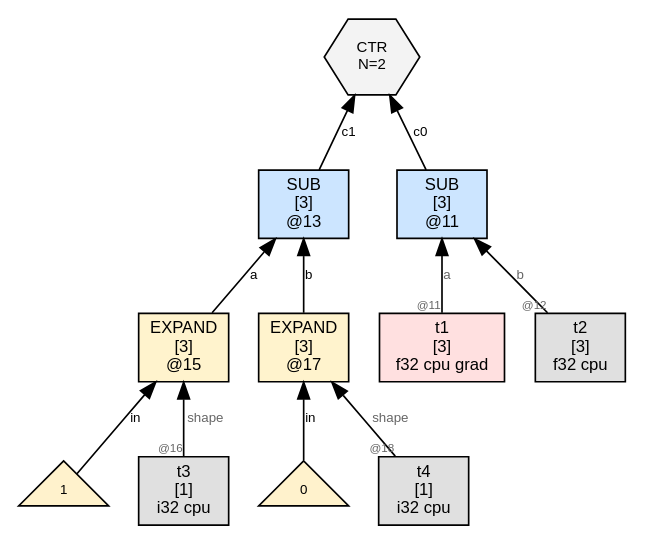
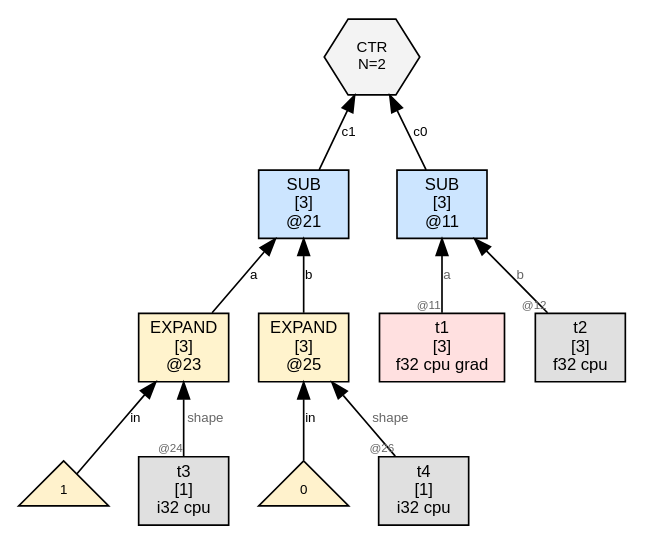
The diagram in wl/examples/thvm_graphs/grad_rules/sub/thvm_2_post_sweep.dot (sw1sh/TinyHVM), drawn with Graphviz before and after one commit. The commit also changed 156 other files, not shown here.

First line of the commit message:
grad: migrate mk() to UOP_GRAD2; all 50 rule tests flow through new path

```diff
--- a/wl/examples/thvm_graphs/grad_rules/sub/thvm_2_post_sweep.dot
+++ b/wl/examples/thvm_graphs/grad_rules/sub/thvm_2_post_sweep.dot
@@ -1,27 +1,27 @@
 digraph G {
   rankdir=BT;
   node [fontname="Helvetica", fontsize=10, style=filled, shape=box, margin="0.1,0.05"];
   edge [fontsize=8, fontname="Helvetica"];
 
   n11 [label="SUB\n[3]\n@11", shape=box, fillcolor="#cce5ff"];
   t1 [label="t1\n[3]\nf32 cpu grad",shape=box,fillcolor="#ffe0e0"];
   t1 -> n11 [label="a",taillabel="@11",labelfontsize=7,fontcolor="#666666"];
   t2 [label="t2\n[3]\nf32 cpu",shape=box,fillcolor="#e0e0e0"];
   t2 -> n11 [label="b",taillabel="@12",labelfontsize=7,fontcolor="#666666"];
-  n13 [label="SUB\n[3]\n@13", shape=box, fillcolor="#cce5ff"];
-  n15 -> n13 [label="a"];
-  n17 -> n13 [label="b"];
-  ctr6 [label="CTR\nN=2", shape=hexagon, fillcolor="#f3f3f3", fontsize=9];
-  n11 -> ctr6 [label="c0"];
-  n13 -> ctr6 [label="c1"];
-  n15 [label="EXPAND\n[3]\n@15", shape=box, fillcolor="#fff3cd"];
-  num15_0 [label="1",shape=triangle,fillcolor="#fff2cc",fontsize=8];
-  num15_0 -> n15 [label="in"];
+  n21 [label="SUB\n[3]\n@21", shape=box, fillcolor="#cce5ff"];
+  n23 -> n21 [label="a"];
+  n25 -> n21 [label="b"];
+  ctr8 [label="CTR\nN=2", shape=hexagon, fillcolor="#f3f3f3", fontsize=9];
+  n11 -> ctr8 [label="c0"];
+  n21 -> ctr8 [label="c1"];
+  n23 [label="EXPAND\n[3]\n@23", shape=box, fillcolor="#fff3cd"];
+  num23_0 [label="1",shape=triangle,fillcolor="#fff2cc",fontsize=8];
+  num23_0 -> n23 [label="in"];
   t3 [label="t3\n[1]\ni32 cpu",shape=box,fillcolor="#e0e0e0"];
-  t3 -> n15 [label="shape",taillabel="@16",labelfontsize=7,fontcolor="#666666"];
-  n17 [label="EXPAND\n[3]\n@17", shape=box, fillcolor="#fff3cd"];
-  num17_0 [label="0",shape=triangle,fillcolor="#fff2cc",fontsize=8];
-  num17_0 -> n17 [label="in"];
+  t3 -> n23 [label="shape",taillabel="@24",labelfontsize=7,fontcolor="#666666"];
+  n25 [label="EXPAND\n[3]\n@25", shape=box, fillcolor="#fff3cd"];
+  num25_0 [label="0",shape=triangle,fillcolor="#fff2cc",fontsize=8];
+  num25_0 -> n25 [label="in"];
   t4 [label="t4\n[1]\ni32 cpu",shape=box,fillcolor="#e0e0e0"];
-  t4 -> n17 [label="shape",taillabel="@18",labelfontsize=7,fontcolor="#666666"];
+  t4 -> n25 [label="shape",taillabel="@26",labelfontsize=7,fontcolor="#666666"];
 }
```
